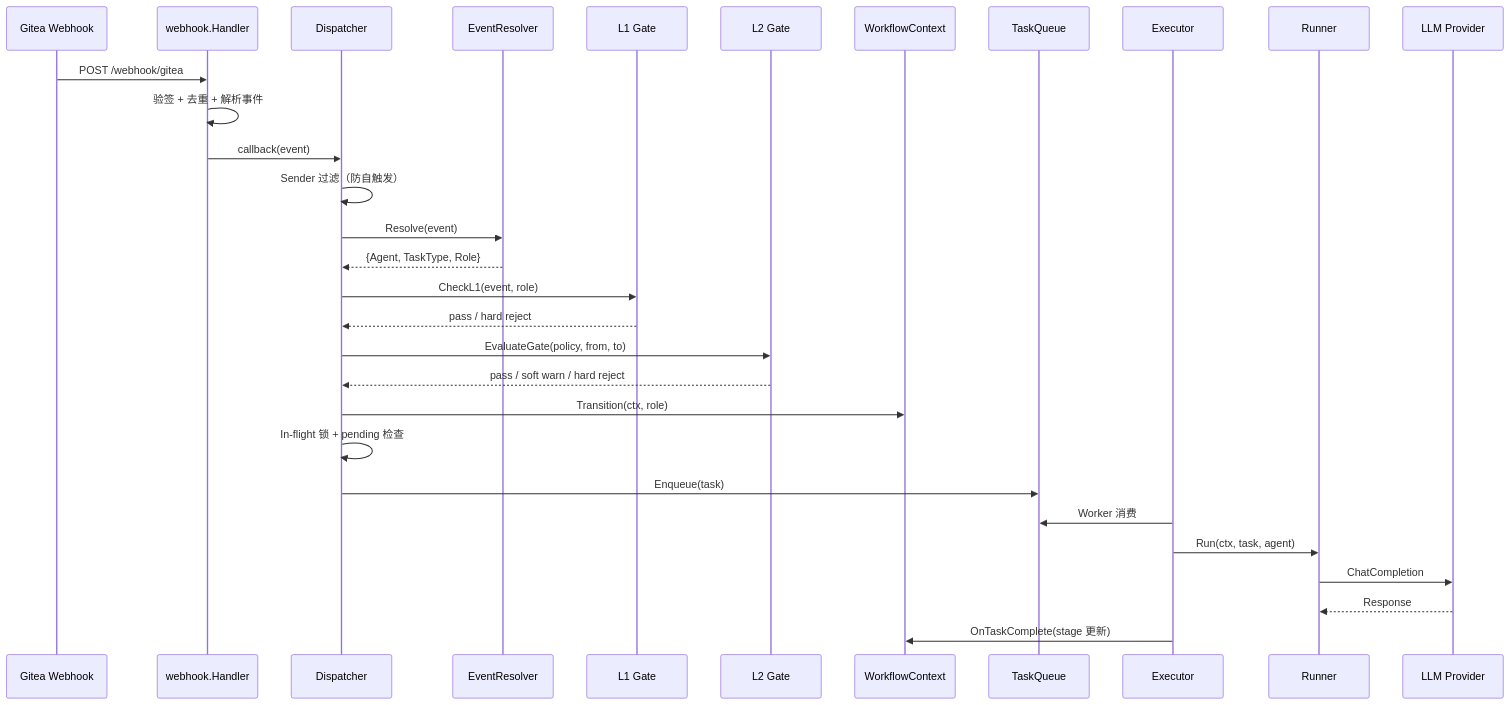
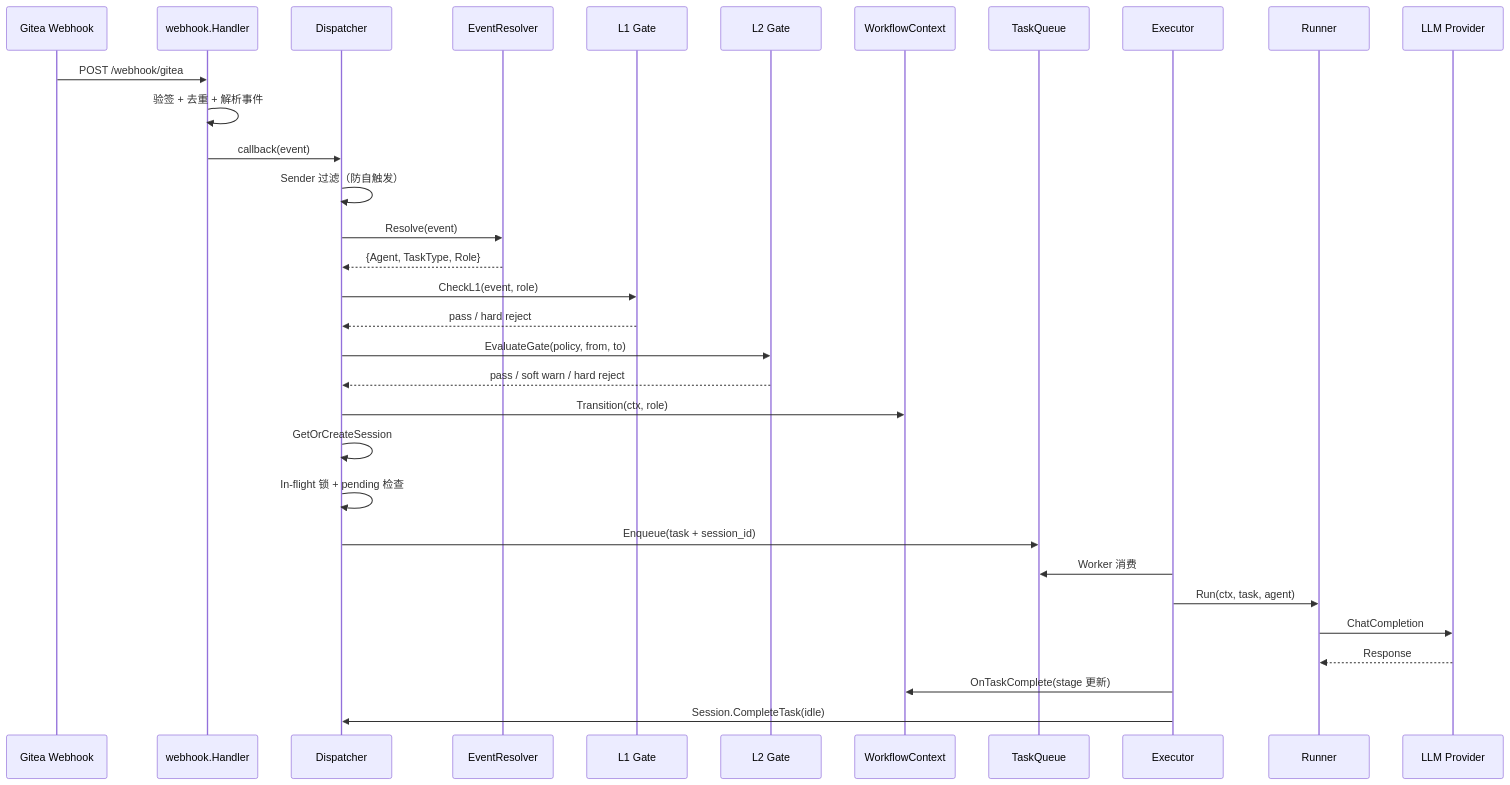
The first of 6 diagrams in docs/ARCHITECTURE.md (jeeinn/ai-dev), drawn with Mermaid before and after one commit. The commit also changed other lines of this file and 5 other files, not shown here.

First line of the commit message:
docs: v2 全量文档收尾 — README/ARCHITECTURE/TASKS 归档 + progress 更新

````diff
--- a/docs/ARCHITECTURE.md
+++ b/docs/ARCHITECTURE.md
@@ -16,33 +17,35 @@
 ```mermaid
 sequenceDiagram
     participant G as Gitea Webhook
     participant H as webhook.Handler
     participant D as Dispatcher
     participant R as EventResolver
     participant G1 as L1 Gate
     participant G2 as L2 Gate
     participant WF as WorkflowContext
     participant Q as TaskQueue
     participant E as Executor
     participant Run as Runner
     participant LLM as LLM Provider
 
     G->>H: POST /webhook/gitea
     H->>H: 验签 + 去重 + 解析事件
     H->>D: callback(event)
     D->>D: Sender 过滤（防自触发）
     D->>R: Resolve(event)
     R-->>D: {Agent, TaskType, Role}
     D->>G1: CheckL1(event, role)
     G1-->>D: pass / hard reject
     D->>G2: EvaluateGate(policy, from, to)
     G2-->>D: pass / soft warn / hard reject
     D->>WF: Transition(ctx, role)
+    D->>D: GetOrCreateSession
     D->>D: In-flight 锁 + pending 检查
-    D->>Q: Enqueue(task)
+    D->>Q: Enqueue(task + session_id)
     E->>Q: Worker 消费
     E->>Run: Run(ctx, task, agent)
     Run->>LLM: ChatCompletion
     LLM-->>Run: Response
     E->>WF: OnTaskComplete(stage 更新)
+    E->>D: Session.CompleteTask(idle)
 ```
````
